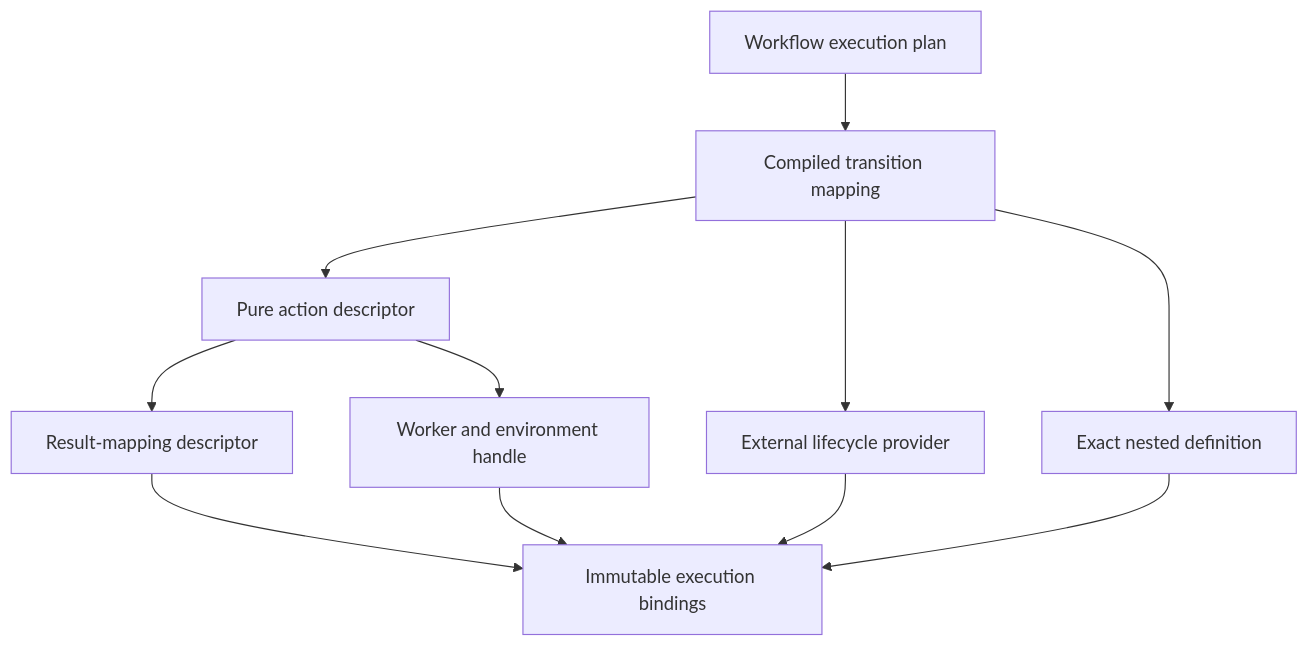
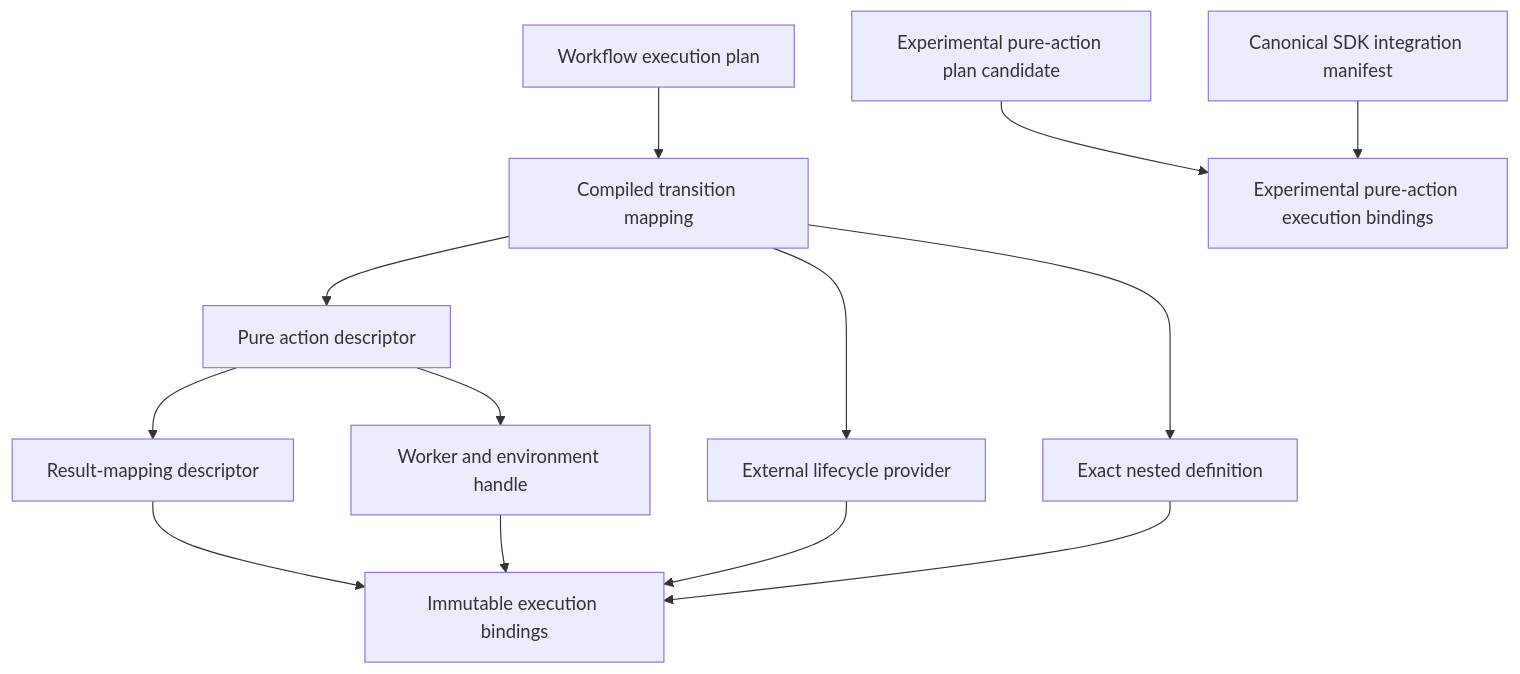
One commit to eragasa/projectkoios-workflow changed the diagram in docs/architecture/projectkoios/workflow/compilation/bindings/WorkflowExecutionBindings/schematic.md. Above: the diagram before and after it, drawn with Mermaid. The commit also changed other lines of this file and 12 other files, not shown here.

Commit message:
feat: add experimental pure-action plan closure

````diff
--- a/docs/architecture/projectkoios/workflow/compilation/bindings/WorkflowExecutionBindings/schematic.md
+++ b/docs/architecture/projectkoios/workflow/compilation/bindings/WorkflowExecutionBindings/schematic.md
@@ -5,22 +5,27 @@
 ```mermaid
 flowchart TD
     P[Workflow execution plan]
     T[Compiled transition mapping]
     A[Pure action descriptor]
     M[Result-mapping descriptor]
     W[Worker and environment handle]
     E[External lifecycle provider]
     N[Exact nested definition]
     B[Immutable execution bindings]
+    X[Experimental pure-action plan candidate]
+    I[Canonical SDK integration manifest]
+    Y[Experimental pure-action execution bindings]
 
     P --> T
     T --> A
     A --> M
     A --> W
     T --> E
     T --> N
     M --> B
     W --> B
     E --> B
     N --> B
+    X --> Y
+    I --> Y
 ```
````
